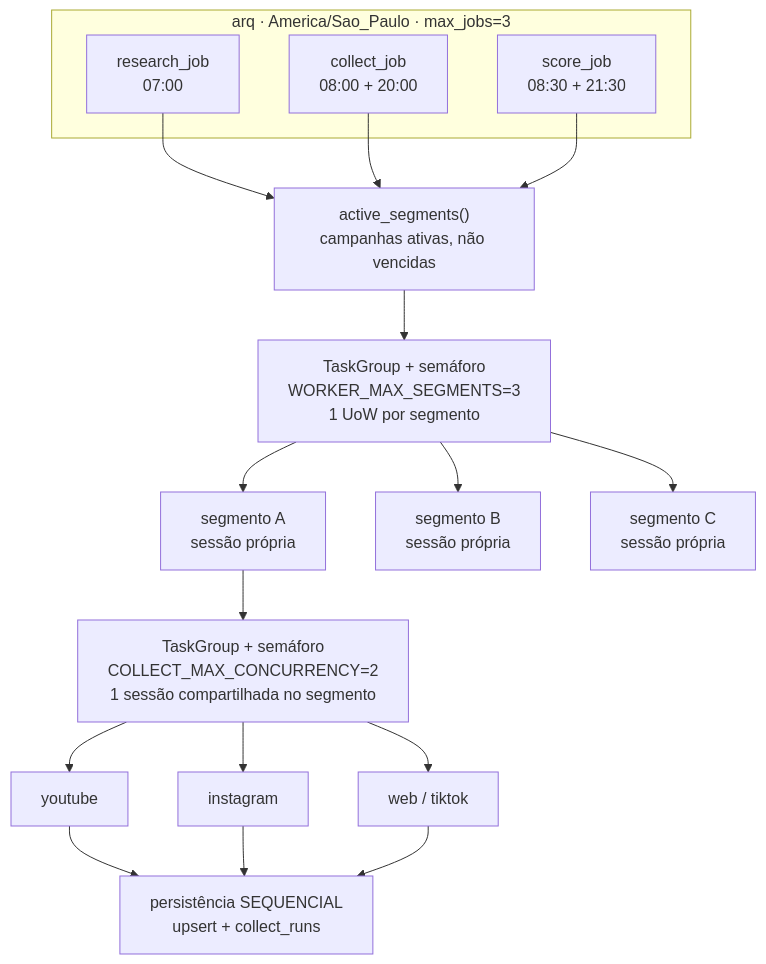
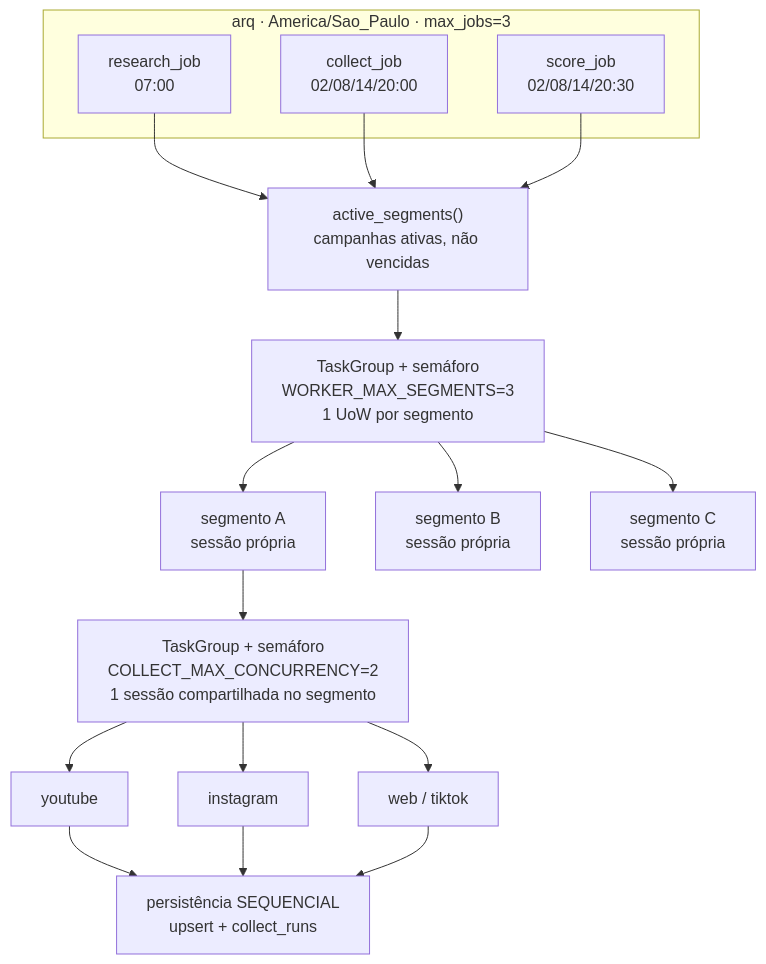
Before and after one commit to leonardodg/content-factory: the first of 7 diagrams in docs/diagram/fluxos.md, drawn with Mermaid. The commit also changed 3 other files, not shown here.

Commit message:
docs(worker): cron collect/score 4x/dia na operação e diagramas (R12)

````diff
--- a/docs/diagram/fluxos.md
+++ b/docs/diagram/fluxos.md
@@ -16,22 +16,22 @@
 ```mermaid
 flowchart TB
     subgraph CRON["arq · America/Sao_Paulo · max_jobs=3"]
         R["research_job<br/>07:00"]
-        C["collect_job<br/>08:00 + 20:00"]
-        S["score_job<br/>08:30 + 21:30"]
+        C["collect_job<br/>02/08/14/20:00"]
+        S["score_job<br/>02/08/14/20:30"]
     end
     R --> SEGS["active_segments()<br/>campanhas ativas, não vencidas"]
     C --> SEGS
     S --> SEGS
     SEGS --> TG["TaskGroup + semáforo<br/>WORKER_MAX_SEGMENTS=3<br/>1 UoW por segmento"]
     TG --> SG1["segmento A<br/>sessão própria"]
     TG --> SG2["segmento B<br/>sessão própria"]
     TG --> SG3["segmento C<br/>sessão própria"]
     SG1 --> PLAT["TaskGroup + semáforo<br/>COLLECT_MAX_CONCURRENCY=2<br/>1 sessão compartilhada no segmento"]
     PLAT --> P1["youtube"]
     PLAT --> P2["instagram"]
     PLAT --> P3["web / tiktok"]
     P1 --> PER["persistência SEQUENCIAL<br/>upsert + collect_runs"]
     P2 --> PER
     P3 --> PER
 ```
````
